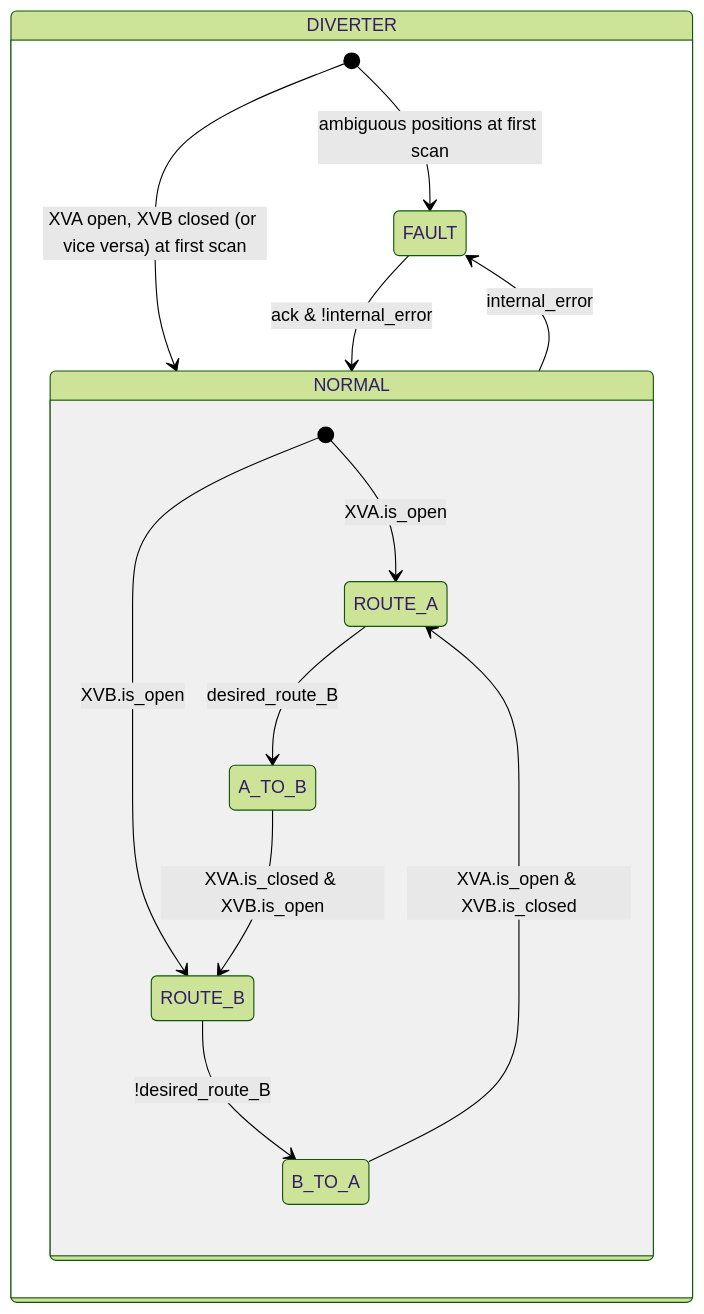
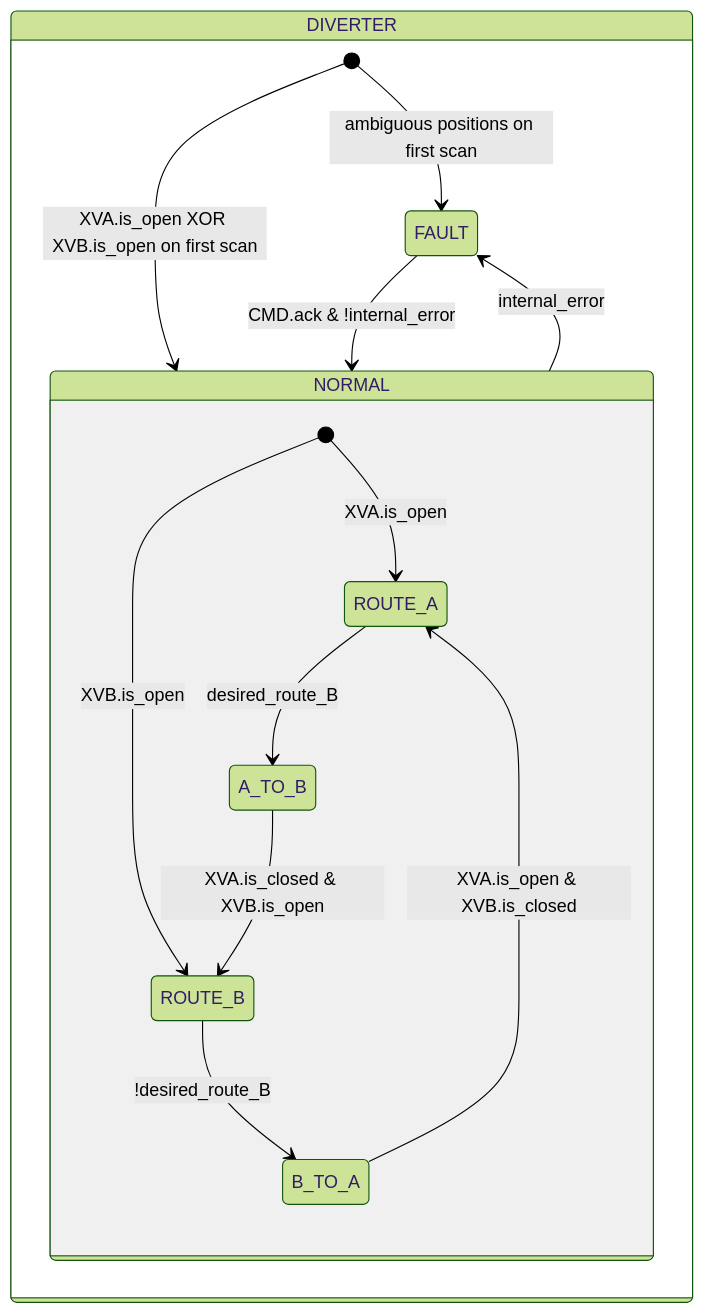
Before and after one commit to AleFire99/TIA_knowledge: the second of 2 diagrams in docs/en/library/diverters/pinch_type/index.md, drawn with Mermaid (forest theme). The commit also changed other lines of this file and 35 other files, not shown here.

````diff
--- a/docs/en/library/diverters/pinch_type/index.md
+++ b/docs/en/library/diverters/pinch_type/index.md
@@ -93,21 +93,21 @@
 ```mermaid
 stateDiagram-v2
 state DIVERTER{
-    [*] --> NORMAL : XVA open, XVB closed (or vice versa) at first scan
-    [*] --> FAULT : ambiguous positions at first scan
+    [*] --> NORMAL : XVA.is_open XOR XVB.is_open on first scan
+    [*] --> FAULT : ambiguous positions on first scan
 
     NORMAL --> FAULT : internal_error
-    FAULT --> NORMAL : ack & !internal_error
+    FAULT --> NORMAL : CMD.ack & !internal_error
 
     state NORMAL {
         [*] --> ROUTE_A : XVA.is_open
         [*] --> ROUTE_B : XVB.is_open
 
         ROUTE_A --> A_TO_B : desired_route_B
         A_TO_B --> ROUTE_B : XVA.is_closed & XVB.is_open
 
         ROUTE_B --> B_TO_A : !desired_route_B
         B_TO_A --> ROUTE_A : XVA.is_open & XVB.is_closed
     }
 }
 ```
````
